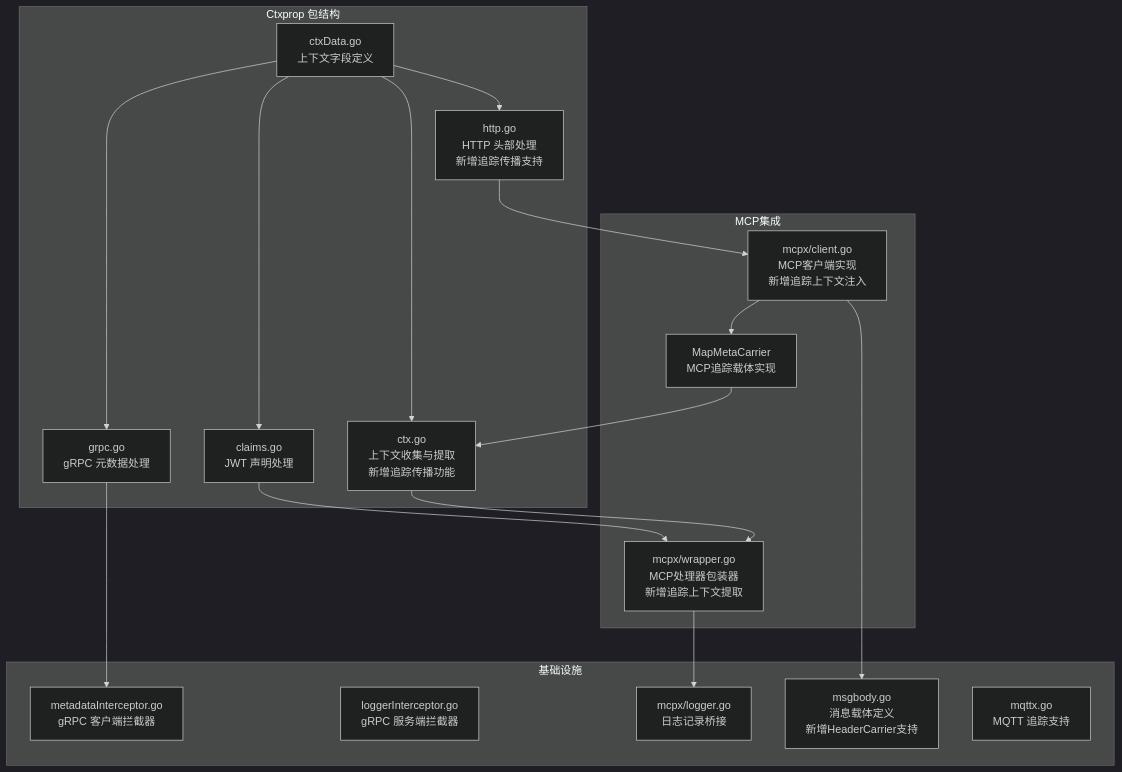
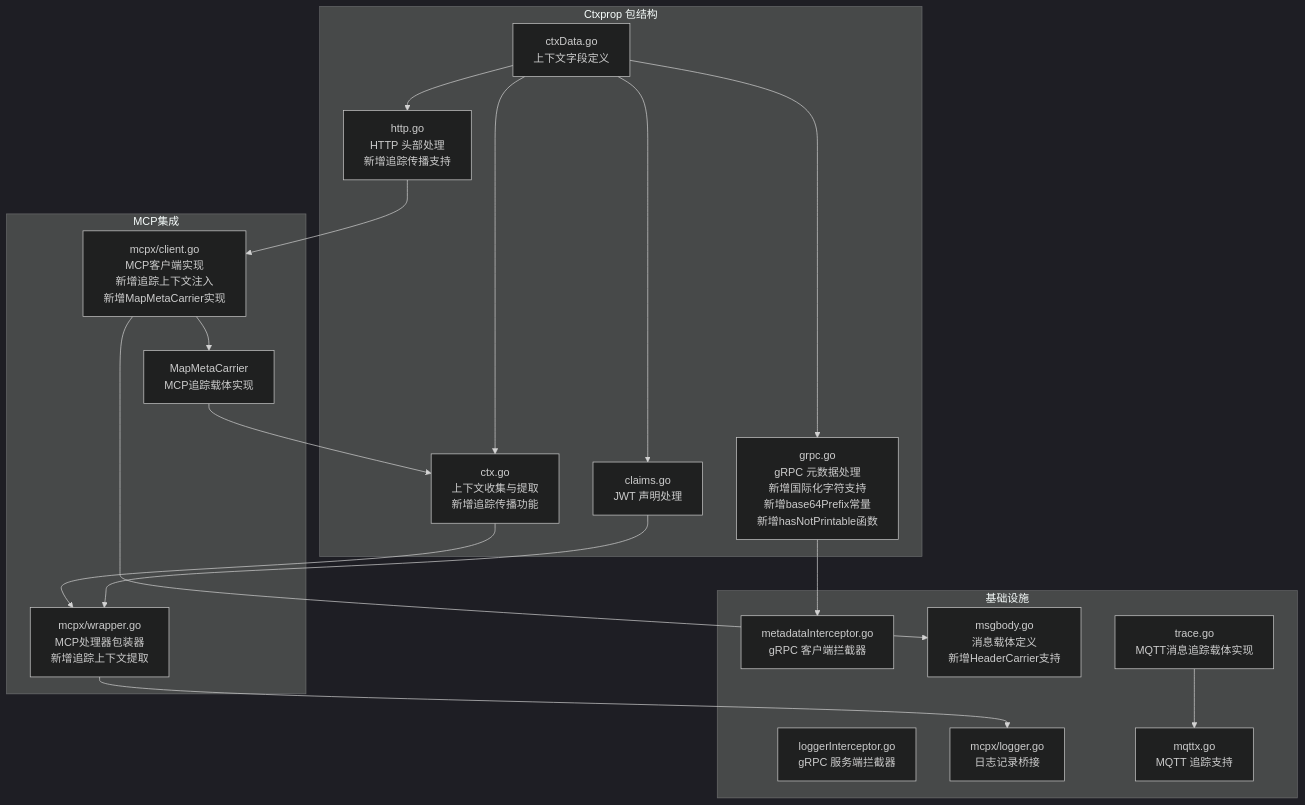
One commit to maomao94/zero-service changed the first of 17 diagrams in .qoder/repowiki/zh/content/Ctxprop Package.md. Above: the diagram before and after it, drawn with Mermaid (dark theme). The commit also changed other lines of this file and 42 other files, not shown here.

````diff
--- a/.qoder/repowiki/zh/content/Ctxprop Package.md
+++ b/.qoder/repowiki/zh/content/Ctxprop Package.md
@@ -51,34 +55,36 @@
 ```mermaid
 graph TB
 subgraph "Ctxprop 包结构"
 A[ctx.go<br/>上下文收集与提取<br/>新增追踪传播功能]
-B[grpc.go<br/>gRPC 元数据处理]
+B[grpc.go<br/>gRPC 元数据处理<br/>新增国际化字符支持<br/>新增base64Prefix常量<br/>新增hasNotPrintable函数]
 C[http.go<br/>HTTP 头部处理<br/>新增追踪传播支持]
 D[claims.go<br/>JWT 声明处理]
 E[ctxData.go<br/>上下文字段定义]
 end
 subgraph "MCP集成"
 F[mcpx/wrapper.go<br/>MCP处理器包装器<br/>新增追踪上下文提取]
-G[mcpx/client.go<br/>MCP客户端实现<br/>新增追踪上下文注入]
+G[mcpx/client.go<br/>MCP客户端实现<br/>新增追踪上下文注入<br/>新增MapMetaCarrier实现]
 H[MapMetaCarrier<br/>MCP追踪载体实现]
 end
 subgraph "基础设施"
 I[metadataInterceptor.go<br/>gRPC 客户端拦截器]
 J[loggerInterceptor.go<br/>gRPC 服务端拦截器]
 K[mcpx/logger.go<br/>日志记录桥接]
 L[msgbody.go<br/>消息载体定义<br/>新增HeaderCarrier支持]
 M[mqttx.go<br/>MQTT 追踪支持]
+N[trace.go<br/>MQTT消息追踪载体实现]
 end
 E --> A
 E --> B
 E --> C
 E --> D
 A --> F
 B --> I
 C --> G
 D --> F
 F --> K
 G --> H
 G --> L
 H --> A
+N --> M
 ```
````
